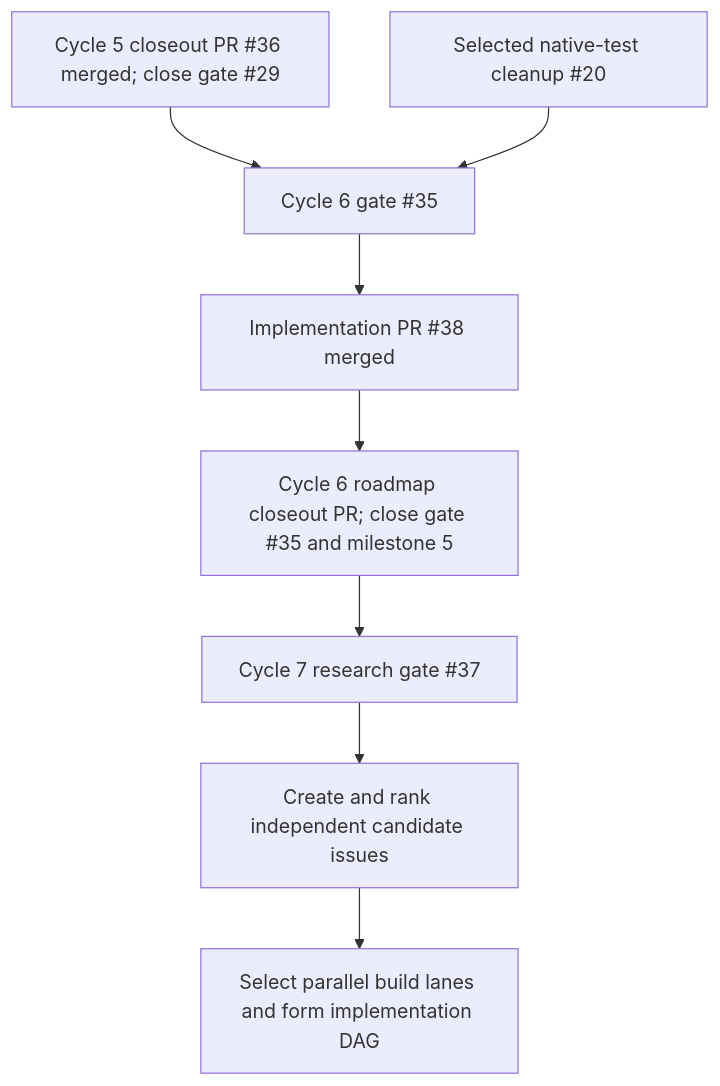
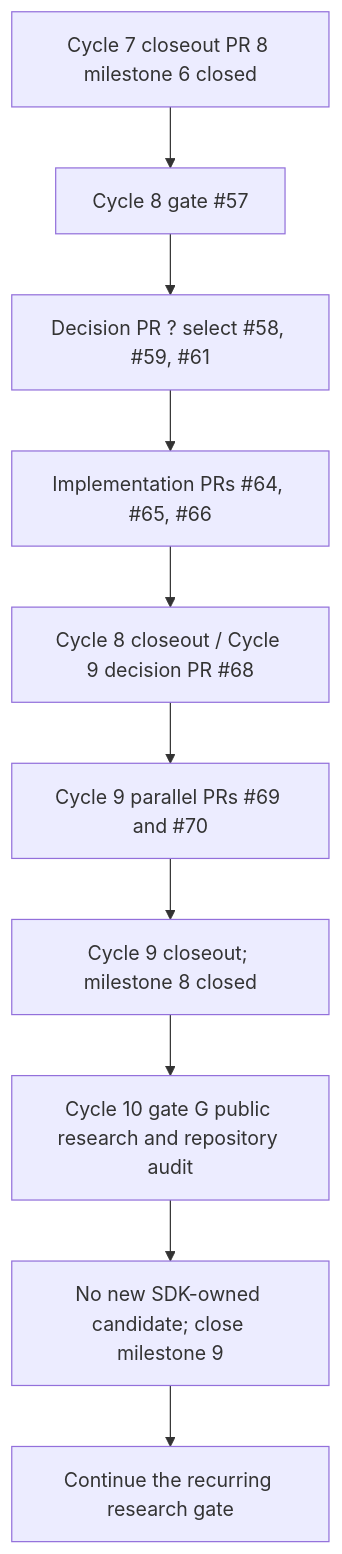
Before and after one commit to SYMBaiEX/OpenController: the first of 8 diagrams in docs/roadmap/ai-gaming-opportunities.md, drawn with Mermaid. The commit also changed other lines of this file, not shown here.

Commit message:
docs(roadmap): close cycle 9 and record cycle 10 decision

````diff
--- a/docs/roadmap/ai-gaming-opportunities.md
+++ b/docs/roadmap/ai-gaming-opportunities.md
@@ -161,10 +161,12 @@
 ```mermaid
 flowchart TD
-  A[Cycle 5 closeout PR #36 merged; close gate #29] --> B[Cycle 6 gate #35]
-  C[Selected native-test cleanup #20] --> B
-  B --> D[Implementation PR #38 merged]
-  D --> E[Cycle 6 roadmap closeout PR; close gate #35 and milestone 5]
-  E --> F[Cycle 7 research gate #37]
-  F --> G[Create and rank independent candidate issues]
-  G --> H[Select parallel build lanes and form implementation DAG]
+  A[Cycle 7 closeout PR #56; milestone 6 closed] --> B[Cycle 8 gate #57]
+  B --> C[Decision PR #63; select #58, #59, #61]
+  C --> D[Implementation PRs #64, #65, #66]
+  D --> E[Cycle 8 closeout / Cycle 9 decision PR #68]
+  E --> F[Cycle 9 parallel PRs #69 and #70]
+  F --> G[Cycle 9 closeout; milestone 8 closed]
+  G --> H[Cycle 10 gate #71; public research and repository audit]
+  H --> I[No new SDK-owned candidate; close milestone 9]
+  I --> J[Continue the recurring research gate]
 ```
````
